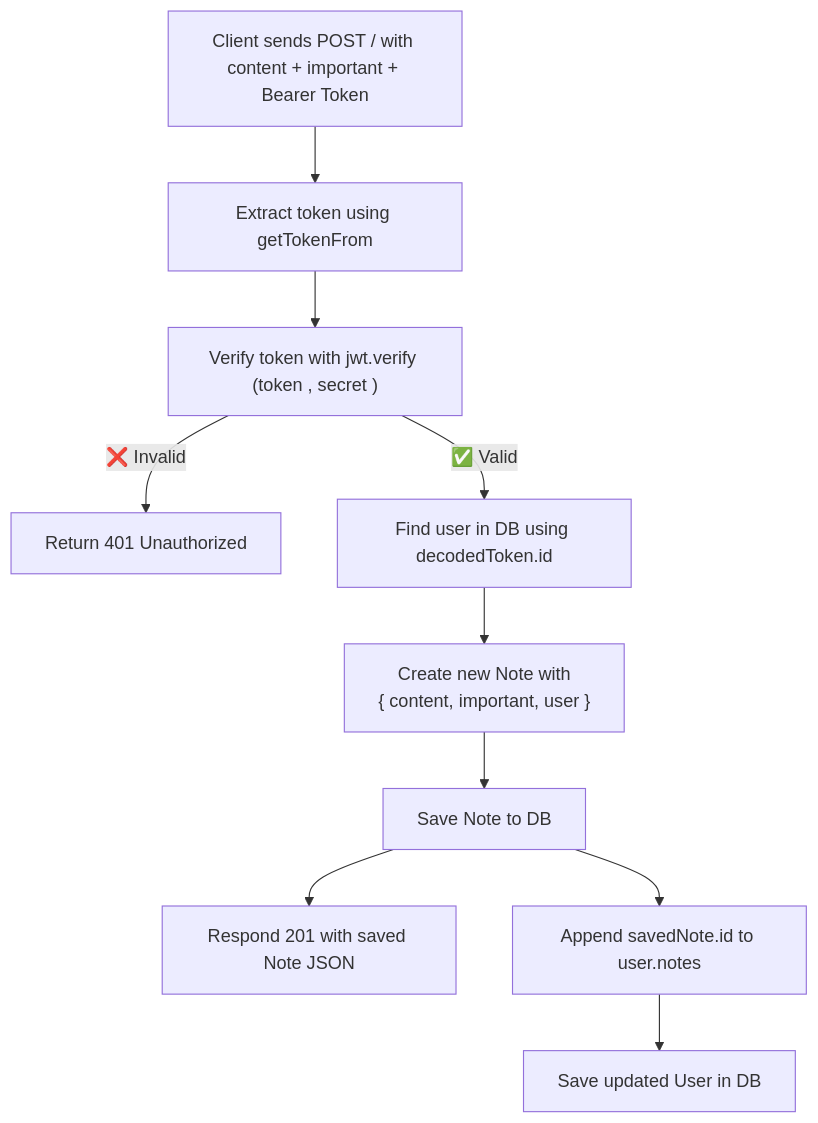
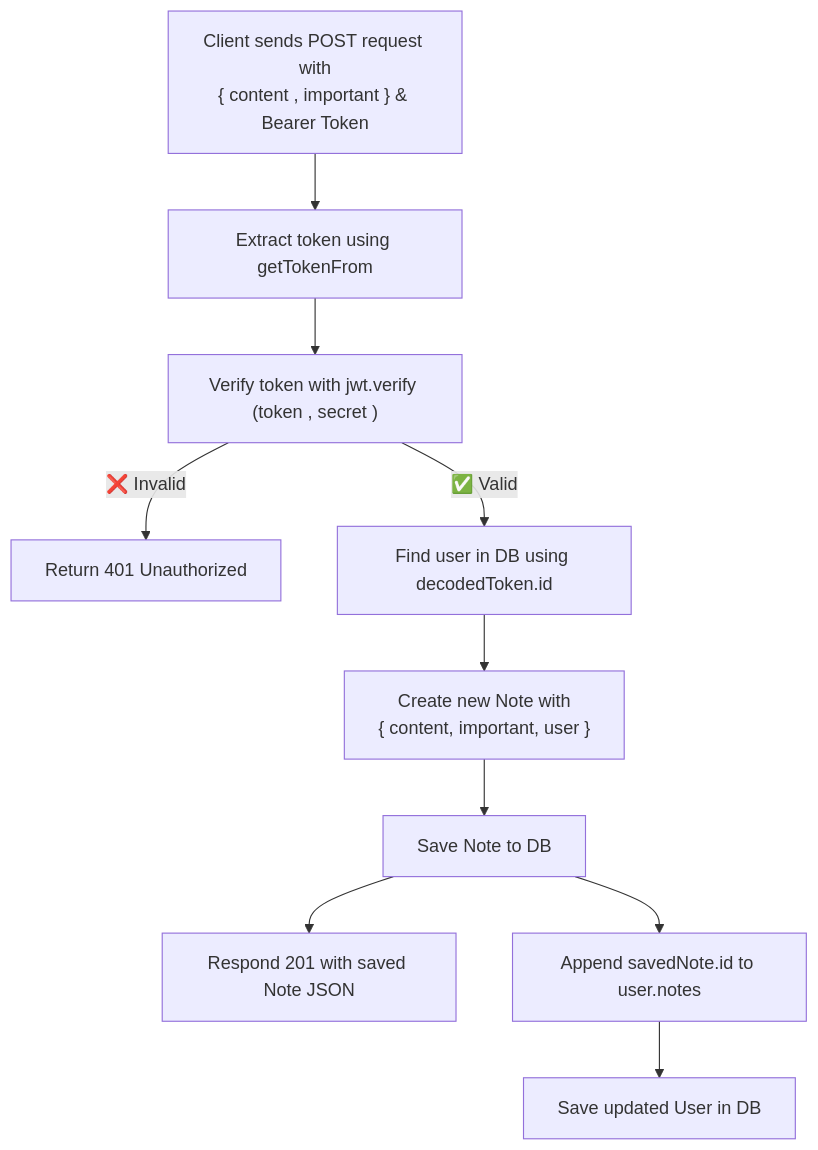
One commit to TEJ-Fellowship/tej-bootcamp changed the diagram in part3/notes-server/docs/createNote.md. Above: the diagram before and after it, drawn with Mermaid. The commit also changed 8 other files, not shown here.

````diff
--- a/part3/notes-server/docs/createNote.md
+++ b/part3/notes-server/docs/createNote.md
@@ -5,13 +5,17 @@
 ```mermaid
 flowchart TD
-A[Client sends POST / with content + important + Bearer Token] --> B[Extract token using getTokenFrom]
+A["Client sends POST request with
+{ content , important } & Bearer Token"] --> B[Extract token using getTokenFrom]
 B --> C[Verify token with jwt.verify #40;token , secret #41;]
 C -->|❌ Invalid | D[Return 401 Unauthorized]
 C -->|✅ Valid | E[Find user in DB using decodedToken.id]
 E --> F["Create new Note with
         { content, important, user }"]
 F --> G[Save Note to DB]
 G --> H[Respond 201 with saved Note JSON]
 G --> I[Append savedNote.id to user.notes]
 I --> J[Save updated User in DB]
+
+
+
 ```
````
